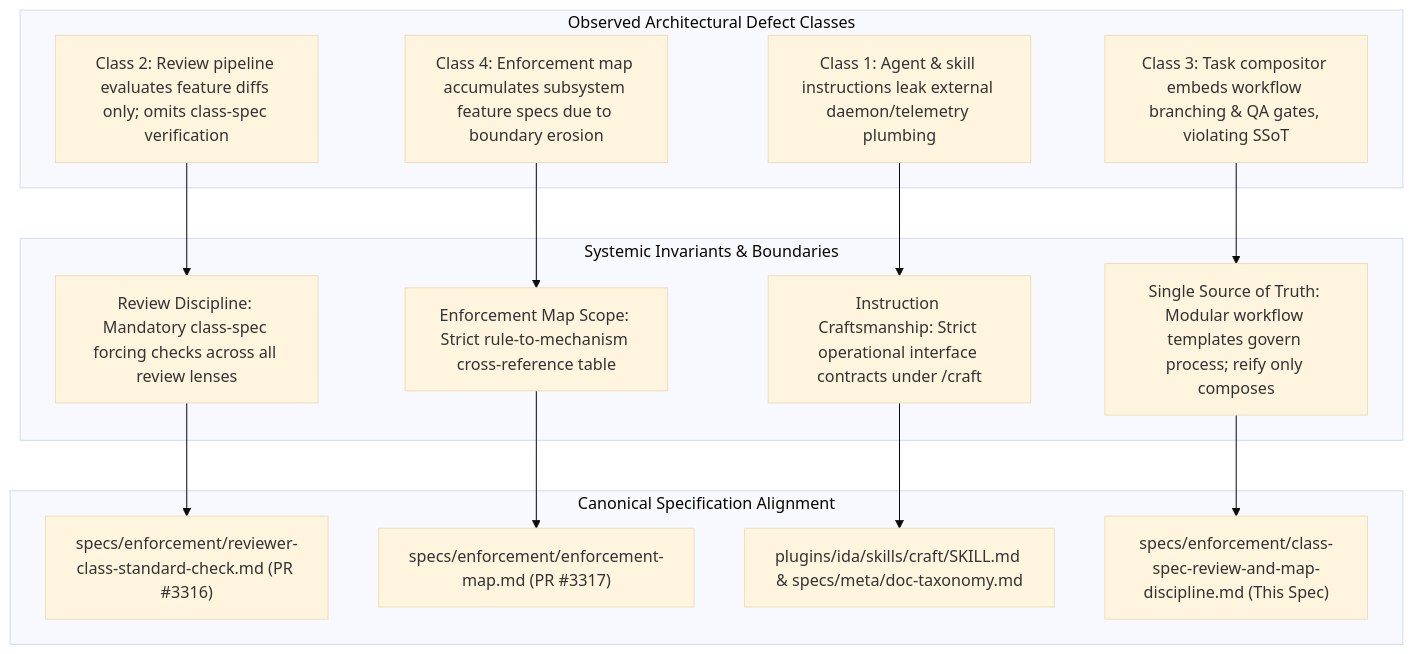
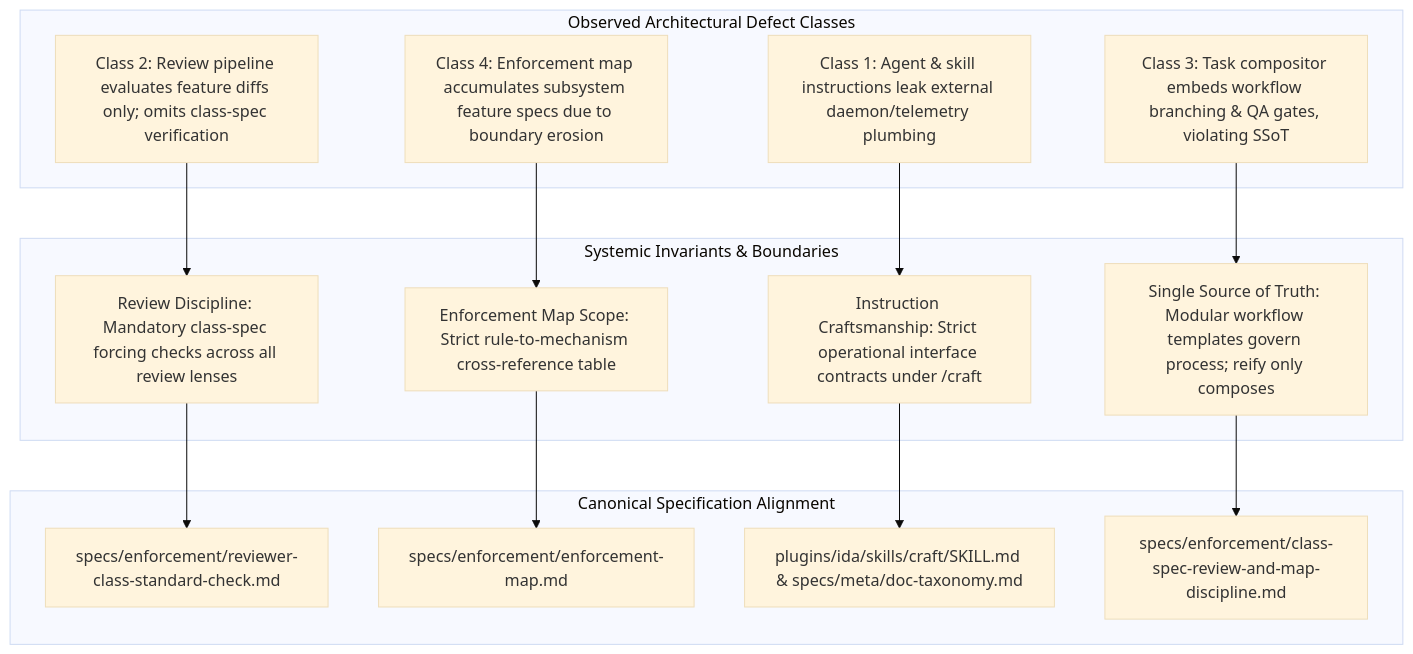
Before and after one commit to nicsuzor/academicOps: the diagram in specs/enforcement/class-spec-review-and-map-discipline.md, drawn with Mermaid (base theme). The commit also changed other lines of this file, not shown here.

First line of the commit message:
docs(enforcement): remediate review findings in class spec review design

````diff
--- a/specs/enforcement/class-spec-review-and-map-discipline.md
+++ b/specs/enforcement/class-spec-review-and-map-discipline.md
@@ -52,33 +36,33 @@
 ```mermaid
 flowchart TD
     subgraph DefectClasses ["Observed Architectural Defect Classes"]
         D1["Class 1: Agent & skill instructions leak external daemon/telemetry plumbing"]
         D2["Class 2: Review pipeline evaluates feature diffs only; omits class-spec verification"]
         D3["Class 3: Task compositor embeds workflow branching & QA gates, violating SSoT"]
         D4["Class 4: Enforcement map accumulates subsystem feature specs due to boundary erosion"]
     end
 
     subgraph SystemicInvariants ["Systemic Invariants & Boundaries"]
         I1["Instruction Craftsmanship: Strict operational interface contracts under /craft"]
         I2["Review Discipline: Mandatory class-spec forcing checks across all review lenses"]
         I3["Single Source of Truth: Modular workflow templates govern process; reify only composes"]
         I4["Enforcement Map Scope: Strict rule-to-mechanism cross-reference table"]
     end
 
     subgraph EstablishedSpecs ["Canonical Specification Alignment"]
-        E1["specs/enforcement/reviewer-class-standard-check.md (PR #3316)"]
-        E2["specs/enforcement/enforcement-map.md (PR #3317)"]
+        E1["specs/enforcement/reviewer-class-standard-check.md"]
+        E2["specs/enforcement/enforcement-map.md"]
         E3["plugins/ida/skills/craft/SKILL.md & specs/meta/doc-taxonomy.md"]
-        E4["specs/enforcement/class-spec-review-and-map-discipline.md (This Spec)"]
+        E4["specs/enforcement/class-spec-review-and-map-discipline.md"]
     end
 
     D1 --> I1
     D2 --> I2
     D3 --> I3
     D4 --> I4
 
     I1 --> E3
     I2 --> E1
     I3 --> E4
     I4 --> E2
 ```
````
